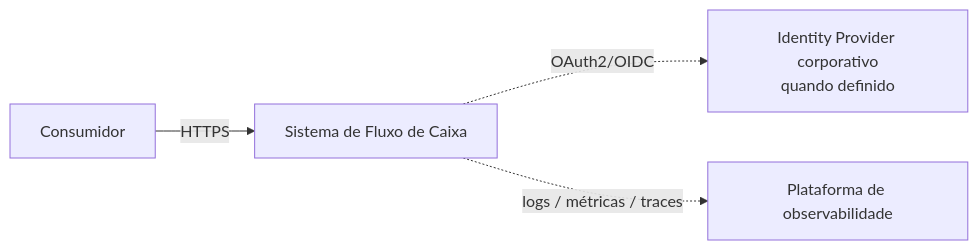
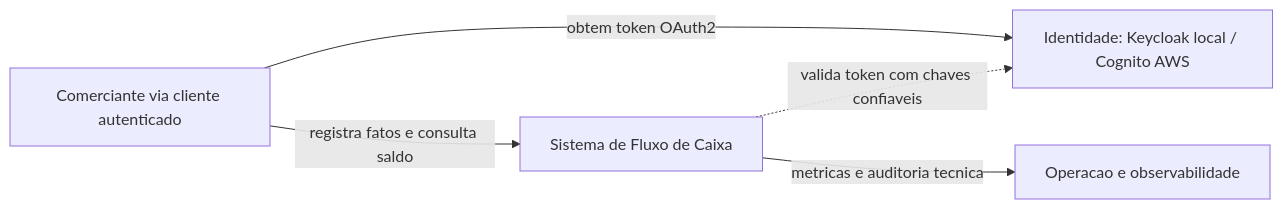
The first of 2 diagrams in docs/04-visoes/c4.md (ThiagoFerraciolli/cash-flow-architecture), drawn with Mermaid before and after one commit. The commit also changed other lines of this file and 37 other files, not shown here.

````diff
--- a/docs/04-visoes/c4.md
+++ b/docs/04-visoes/c4.md
@@ -10,11 +7,11 @@
 ```mermaid
 flowchart LR
-    U[Consumidor]
+    U[Comerciante via cliente autenticado]
     S[Sistema de Fluxo de Caixa]
-    IDP[Identity Provider corporativo\nquando definido]
-    OBS[Plataforma de observabilidade]
-
-    U -->|HTTPS| S
-    S -. OAuth2/OIDC .-> IDP
-    S -. logs / métricas / traces .-> OBS
+    I[Identidade: Keycloak local / Cognito AWS]
+    O[Operacao e observabilidade]
+    U -->|registra fatos e consulta saldo| S
+    U -->|obtem token OAuth2| I
+    S -. valida token com chaves confiaveis .-> I
+    S -->|metricas e auditoria tecnica| O
 ```
````
